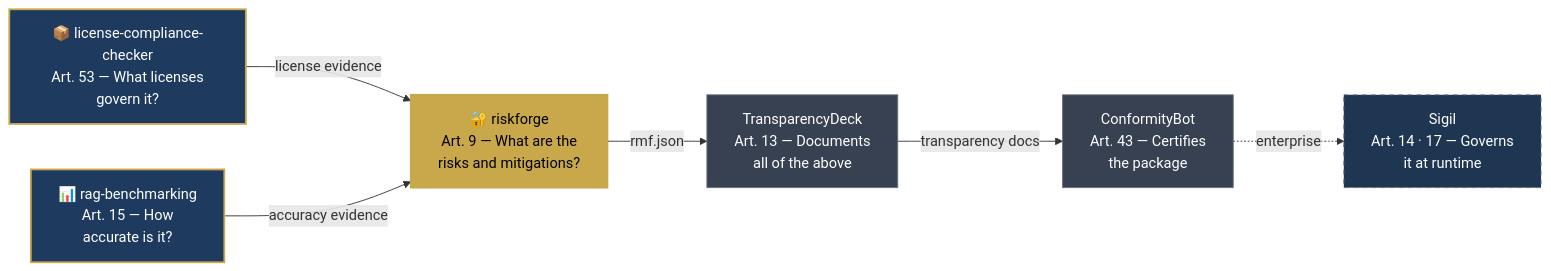
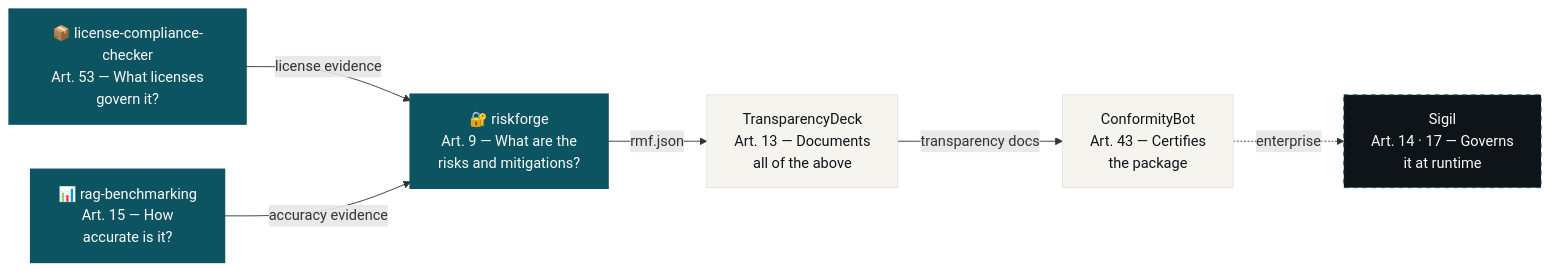
Before and after one commit to aiexponenthq/.github: the diagram in profile/README.md, drawn with Mermaid. The commit also changed other lines of this file and 2 other files, not shown here.

First line of the commit message:
docs(profile): apply brand kit v4 — two-tone A, teal palette, repainted mermaid

````diff
--- a/profile/README.md
+++ b/profile/README.md
@@ -94,22 +93,22 @@
 ```mermaid
 graph LR
     LCC["📦 license-compliance-checker\nArt. 53 — What licenses\ngovern it?"]
     RAG["📊 rag-benchmarking\nArt. 15 — How\naccurate is it?"]
     RF["🔐 riskforge\nArt. 9 — What are the\nrisks and mitigations?"]
     TD["TransparencyDeck\nArt. 13 — Documents\nall of the above"]
     CB["ConformityBot\nArt. 43 — Certifies\nthe package"]
     SIG["Sigil\nArt. 14 · 17 — Governs\nit at runtime"]
 
     LCC -->|"license evidence"| RF
     RAG -->|"accuracy evidence"| RF
     RF -->|"rmf.json"| TD
     TD -->|"transparency docs"| CB
     CB -.->|"enterprise"| SIG
 
-    style LCC fill:#1e3a5f,color:#fff,stroke:#c9a84c,stroke-width:2px
-    style RAG fill:#1e3a5f,color:#fff,stroke:#c9a84c,stroke-width:2px
-    style RF fill:#c9a84c,color:#000,stroke:#c9a84c,stroke-width:2px
-    style TD fill:#374151,color:#fff,stroke:#6b7280
-    style CB fill:#374151,color:#fff,stroke:#6b7280
-    style SIG fill:#1e3652,color:#fff,stroke:#6b7280,stroke-dasharray:5 5
+    style LCC fill:#0D5463,color:#FCFCFA,stroke:#0D5463,stroke-width:2px
+    style RAG fill:#0D5463,color:#FCFCFA,stroke:#0D5463,stroke-width:2px
+    style RF fill:#0D5463,color:#FCFCFA,stroke:#0D5463,stroke-width:3px
+    style TD fill:#F5F4EF,color:#0F1419,stroke:#E4E2DC
+    style CB fill:#F5F4EF,color:#0F1419,stroke:#E4E2DC
+    style SIG fill:#0F1419,color:#FCFCFA,stroke:#0D5463,stroke-dasharray:5 5
 ```
````
